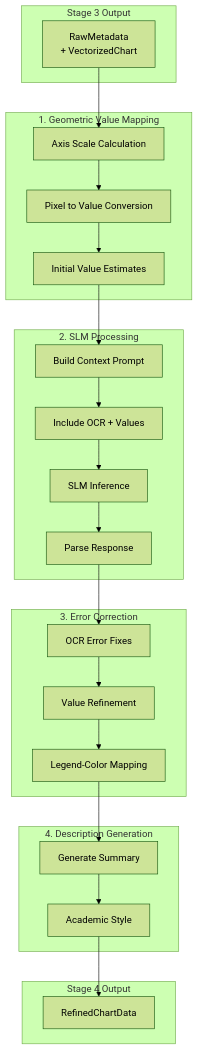
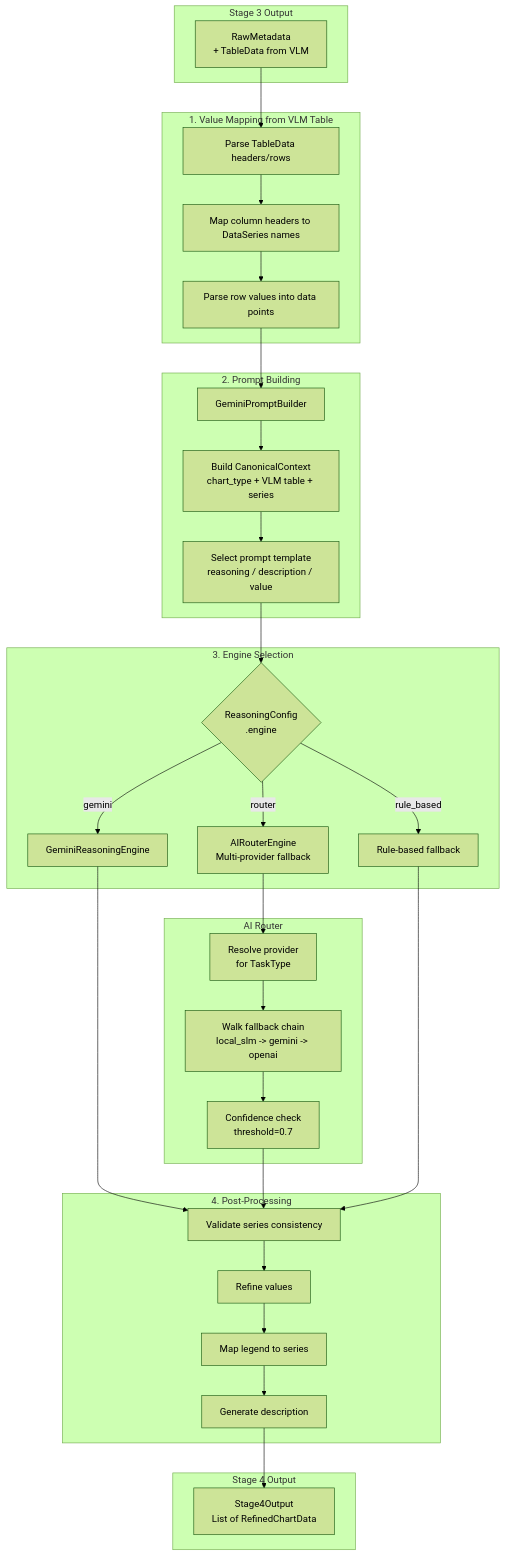
Before and after one commit to thatlq1812/chart_analysis_ai_v3: the diagram in docs/architecture/STAGE4_REASONING.md, drawn with Mermaid (forest theme). The commit also changed other lines of this file and 50 other files, not shown here.

First line of the commit message:
feat: Add unified benchmark runner and chart extraction backends

````diff
--- a/docs/architecture/STAGE4_REASONING.md
+++ b/docs/architecture/STAGE4_REASONING.md
@@ -21,39 +26,58 @@
 ```mermaid
 flowchart TD
     subgraph Input["Stage 3 Output"]
-        A[RawMetadata\n+ VectorizedChart]
+        A[RawMetadata\n+ TableData from VLM]
     end
-    
-    subgraph GeometricMapping["1. Geometric Value Mapping"]
-        B1[Axis Scale Calculation]
-        B2[Pixel to Value Conversion]
-        B3[Initial Value Estimates]
+
+    subgraph ValueMapping["1. Value Mapping from VLM Table"]
+        B1[Parse TableData headers/rows]
+        B2[Map column headers to DataSeries names]
+        B3[Parse row values into data points]
     end
-    
-    subgraph SLMProcessing["2. SLM Processing"]
-        C1[Build Context Prompt]
-        C2[Include OCR + Values]
-        C3[SLM Inference]
-        C4[Parse Response]
+
+    subgraph PromptConstruction["2. Prompt Building"]
+        C1[GeminiPromptBuilder]
+        C2[Build CanonicalContext\nchart_type + VLM table + series]
+        C3[Select prompt template\nreasoning / description / value]
     end
-    
-    subgraph Correction["3. Error Correction"]
-        D1[OCR Error Fixes]
-        D2[Value Refinement]
-        D3[Legend-Color Mapping]
+
+    subgraph EngineRouting["3. Engine Selection"]
+        D0{ReasoningConfig\n.engine}
+        D1[GeminiReasoningEngine]
+        D2[AIRouterEngine\nMulti-provider fallback]
+        D3[Rule-based fallback]
     end
-    
-    subgraph Description["4. Description Generation"]
-        E1[Generate Summary]
-        E2[Academic Style]
+
+    subgraph AIRouter["AI Router"]
+        E1[Resolve provider\nfor TaskType]
+        E2[Walk fallback chain\nlocal_slm -> gemini -> openai]
+        E3[Confidence check\nthreshold=0.7]
     end
-    
+
+    subgraph PostProcess["4. Post-Processing"]
+        F1[Validate series consistency]
+        F2[Refine values]
+        F3[Map legend to series]
+        F4[Generate description]
+    end
+
     subgraph Output["Stage 4 Output"]
-        F[RefinedChartData]
+        G[Stage4Output\nList of RefinedChartData]
     end
-    
+
     A --> B1 --> B2 --> B3
-    B3 --> C1 --> C2 --> C3 --> C4
-    C4 --> D1 --> D2 --> D3
-    D3 --> E1 --> E2 --> F
+    B3 --> C1 --> C2 --> C3
+
+    C3 --> D0
+    D0 -->|"gemini"| D1
+    D0 -->|"router"| D2
+    D0 -->|"rule_based"| D3
+
+    D2 --> E1 --> E2 --> E3
+
+    D1 --> F1
+    E3 --> F1
+    D3 --> F1
+
+    F1 --> F2 --> F3 --> F4 --> G
 ```
````
